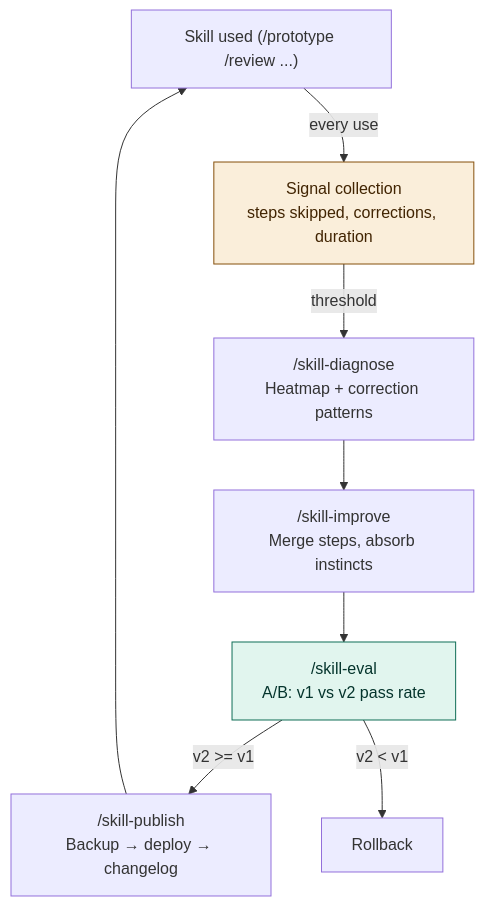
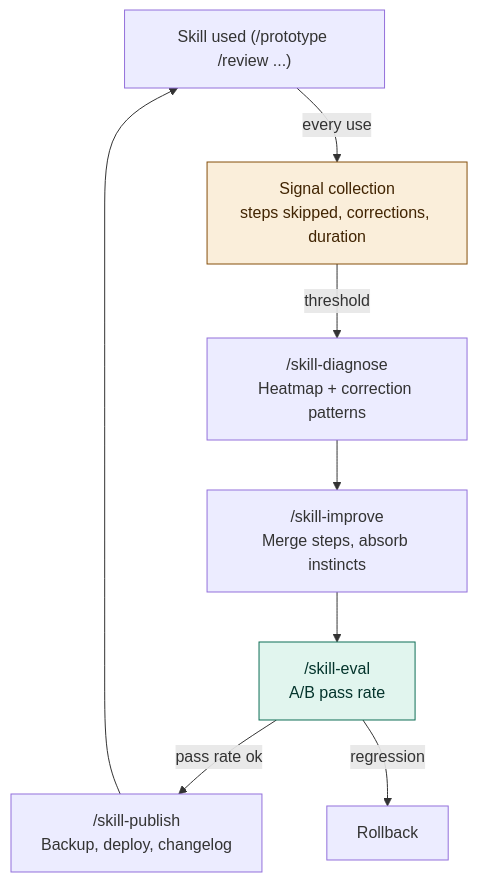
Before and after one commit to songuu/tech-persistence: the fourth of 6 diagrams in README.md, drawn with Mermaid. The commit also changed other lines of this file and 17 other files, not shown here.

````diff
--- a/README.md
+++ b/README.md
@@ -138,20 +132,20 @@
 ```mermaid
 flowchart TD
     USE["Skill used (/prototype /review ...)"]
-    SIG["Signal collection\nsteps skipped, corrections, duration"]
-    DIAG["/skill-diagnose\nHeatmap + correction patterns"]
-    IMP["/skill-improve\nMerge steps, absorb instincts"]
-    EVAL["/skill-eval\nA/B: v1 vs v2 pass rate"]
-    PUB["/skill-publish\nBackup → deploy → changelog"]
+    SIG["Signal collection<br/>steps skipped, corrections, duration"]
+    DIAG["/skill-diagnose<br/>Heatmap + correction patterns"]
+    IMP["/skill-improve<br/>Merge steps, absorb instincts"]
+    EVAL["/skill-eval<br/>A/B pass rate"]
+    PUB["/skill-publish<br/>Backup, deploy, changelog"]
 
     USE -->|"every use"| SIG
     SIG -->|"threshold"| DIAG
     DIAG --> IMP
     IMP --> EVAL
-    EVAL -->|"v2 >= v1"| PUB
-    EVAL -->|"v2 < v1"| ROLL["Rollback"]
+    EVAL -->|"pass rate ok"| PUB
+    EVAL -->|"regression"| ROLL["Rollback"]
     PUB --> USE
 
     style SIG fill:#FAEEDA,stroke:#854F0B,color:#412402
     style EVAL fill:#E1F5EE,stroke:#0F6E56,color:#04342C
 ```
````
